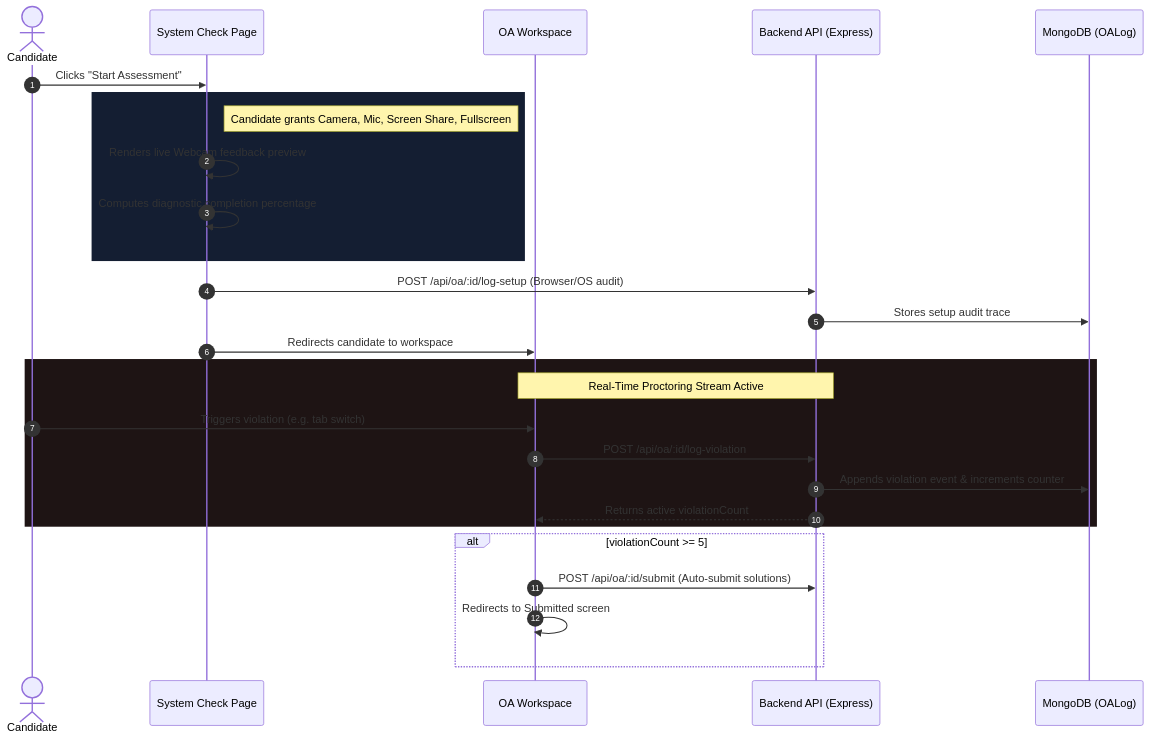
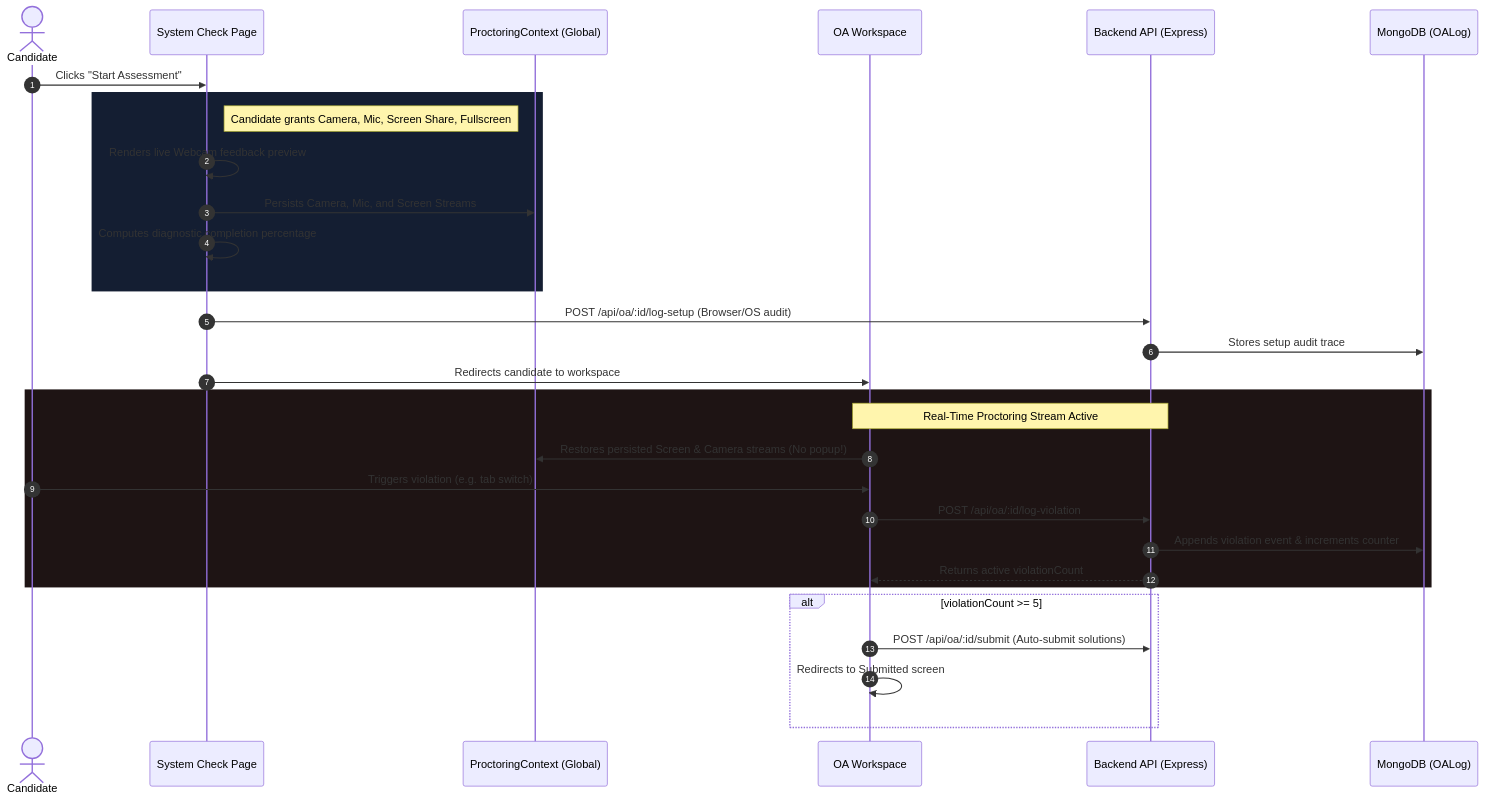
The diagram in proctoring_architecture.md (nandani3106/AlgoArmy), drawn with Mermaid before and after one commit. The commit also changed other lines of this file and 38 other files, not shown here.

````diff
--- a/proctoring_architecture.md
+++ b/proctoring_architecture.md
@@ -9,32 +9,35 @@
 ```mermaid
 sequenceDiagram
     autonumber
     actor Candidate as Candidate
     participant CheckPage as System Check Page
+    participant GlobalStore as ProctoringContext (Global)
     participant Workspace as OA Workspace
     participant Server as Backend API (Express)
     participant DB as MongoDB (OALog)
 
     Candidate->>CheckPage: Clicks "Start Assessment"
     rect rgb(20, 30, 50)
         note right of CheckPage: Candidate grants Camera, Mic, Screen Share, Fullscreen
         CheckPage->>CheckPage: Renders live Webcam feedback preview
+        CheckPage->>GlobalStore: Persists Camera, Mic, and Screen Streams
         CheckPage->>CheckPage: Computes diagnostic completion percentage
     end
     CheckPage->>Server: POST /api/oa/:id/log-setup (Browser/OS audit)
     Server->>DB: Stores setup audit trace
     CheckPage->>Workspace: Redirects candidate to workspace
     
     rect rgb(30, 20, 20)
         note over Workspace, Server: Real-Time Proctoring Stream Active
+        Workspace->>GlobalStore: Restores persisted Screen & Camera streams (No popup!)
         Candidate->>Workspace: Triggers violation (e.g. tab switch)
         Workspace->>Server: POST /api/oa/:id/log-violation
         Server->>DB: Appends violation event & increments counter
         Server-->>Workspace: Returns active violationCount
     end
 
     alt violationCount >= 5
         Workspace->>Server: POST /api/oa/:id/submit (Auto-submit solutions)
         Workspace->>Workspace: Redirects to Submitted screen
     end
 ```
````
